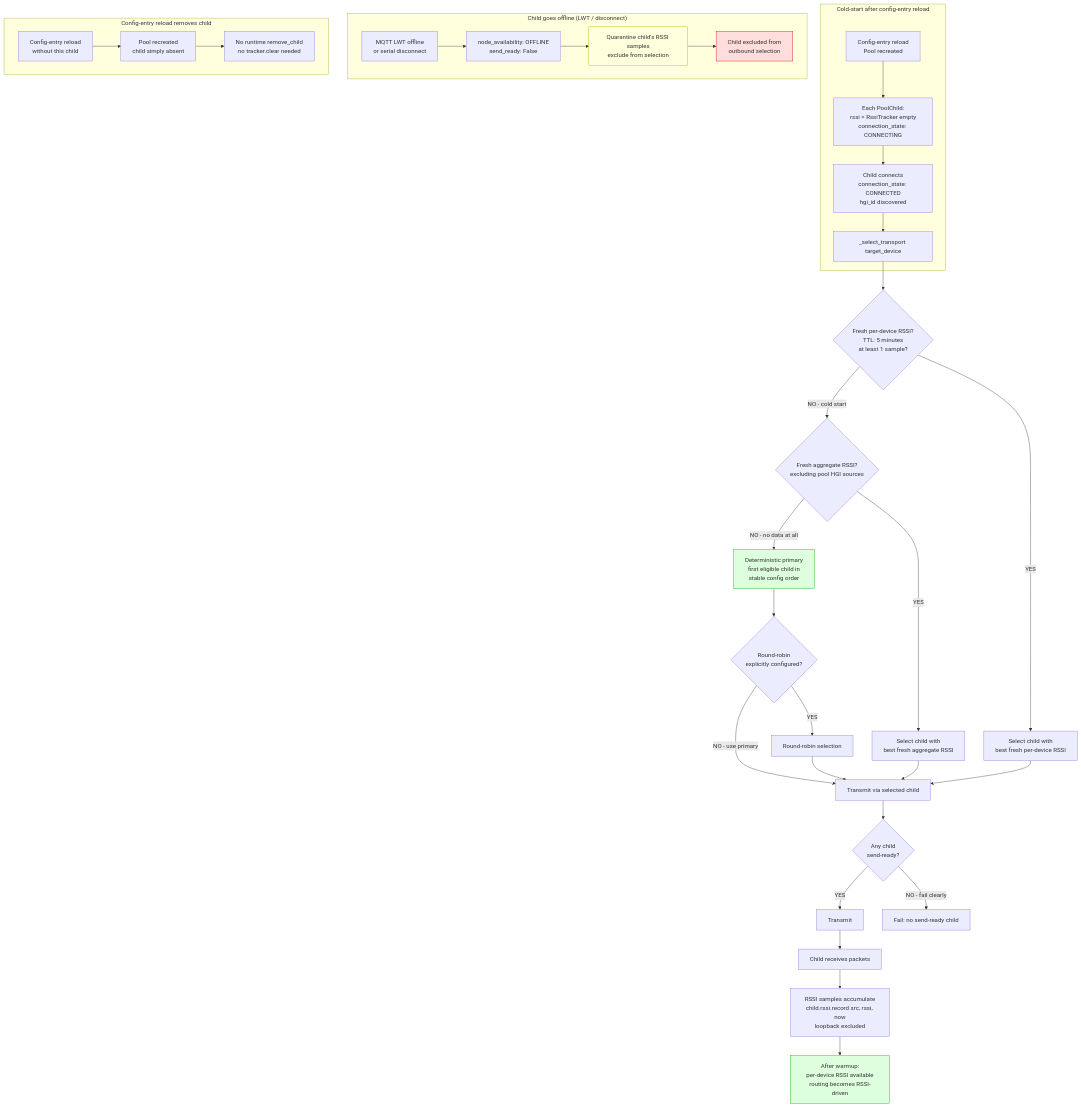
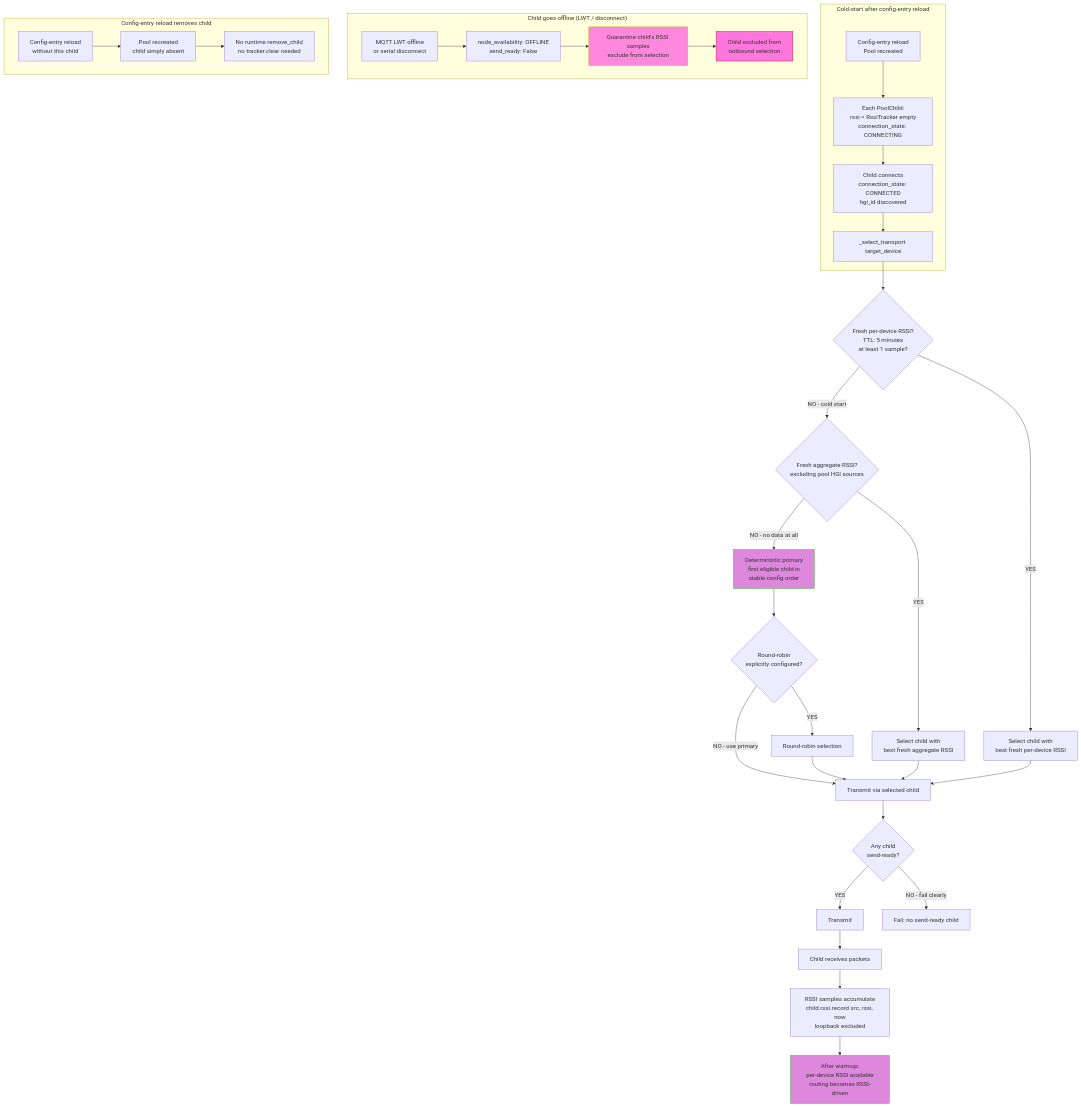
The diagram in docs/diagrams/04_rssi_add_remove.md (silverailscolo/ramses_cc), drawn with Mermaid before and after one commit. The commit also changed other lines of this file and 6 other files, not shown here.

First line of the commit message:
docs: improve diagram color contrast, fix dedup key and puzzle code

````diff
--- a/docs/diagrams/04_rssi_add_remove.md
+++ b/docs/diagrams/04_rssi_add_remove.md
@@ -3,49 +3,49 @@
 ```mermaid
 flowchart TD
     subgraph ColdStart["Cold-start after config-entry reload"]
         Reload["Config-entry reload<br/>Pool recreated"]
         Reload --> Init["Each PoolChild:<br/>rssi = RssiTracker empty<br/>connection_state: CONNECTING"]
         Init --> Connected["Child connects<br/>connection_state: CONNECTED<br/>hgi_id discovered"]
         Connected --> Select["_select_transport target_device"]
     end
 
     Select --> Check1{"Fresh per-device RSSI?<br/>TTL: 5 minutes<br/>at least 1 sample?"}
     Check1 -->|"NO - cold start"| Check2{"Fresh aggregate RSSI?<br/>excluding pool HGI sources"}
     Check2 -->|"NO - no data at all"| Primary["Deterministic primary<br/>first eligible child in<br/>stable config order"]
     Check1 -->|"YES"| Best["Select child with<br/>best fresh per-device RSSI"]
     Check2 -->|"YES"| BestAgg["Select child with<br/>best fresh aggregate RSSI"]
 
     Primary --> CheckRR{"Round-robin<br/>explicitly configured?"}
     CheckRR -->|"NO - use primary"| UseChild["Transmit via selected child"]
     CheckRR -->|"YES"| RR["Round-robin selection"]
     RR --> UseChild
     Best --> UseChild
     BestAgg --> UseChild
 
     UseChild --> CheckSend{"Any child<br/>send-ready?"}
     CheckSend -->|"YES"| Transmit["Transmit"]
     CheckSend -->|"NO - fail clearly"| Fail["Fail: no send-ready child"]
 
     Transmit --> Packets["Child receives packets"]
     Packets --> Accumulate["RSSI samples accumulate<br/>child.rssi.record src, rssi, now<br/>loopback excluded"]
 
     Accumulate --> Transition["After warmup:<br/>per-device RSSI available<br/>routing becomes RSSI-driven"]
 
     subgraph Offline["Child goes offline (LWT / disconnect)"]
         LWT["MQTT LWT offline<br/>or serial disconnect"]
         LWT --> Avail["node_availability: OFFLINE<br/>send_ready: False"]
         Avail --> Quarantine["Quarantine child's RSSI samples<br/>exclude from selection"]
         Quarantine --> Excluded["Child excluded from<br/>outbound selection"]
     end
 
     subgraph ConfigChange["Config-entry reload removes child"]
         RemoveReload["Config-entry reload<br/>without this child"]
         RemoveReload --> Recreate["Pool recreated<br/>child simply absent"]
         Recreate --> NoClear["No runtime remove_child<br/>no tracker.clear needed"]
     end
 
-    style Primary fill:#dfd,stroke:#0a0
-    style Transition fill:#dfd,stroke:#0a0
-    style Excluded fill:#fdd,stroke:#c00
-    style Quarantine fill:#ffd,stroke:#aa0
+    style Primary fill:#d8d,stroke:#0a0
+    style Transition fill:#d8d,stroke:#0a0
+    style Excluded fill:#f7d,stroke:#c00
+    style Quarantine fill:#f8d,stroke:#aa0
 ```
````
